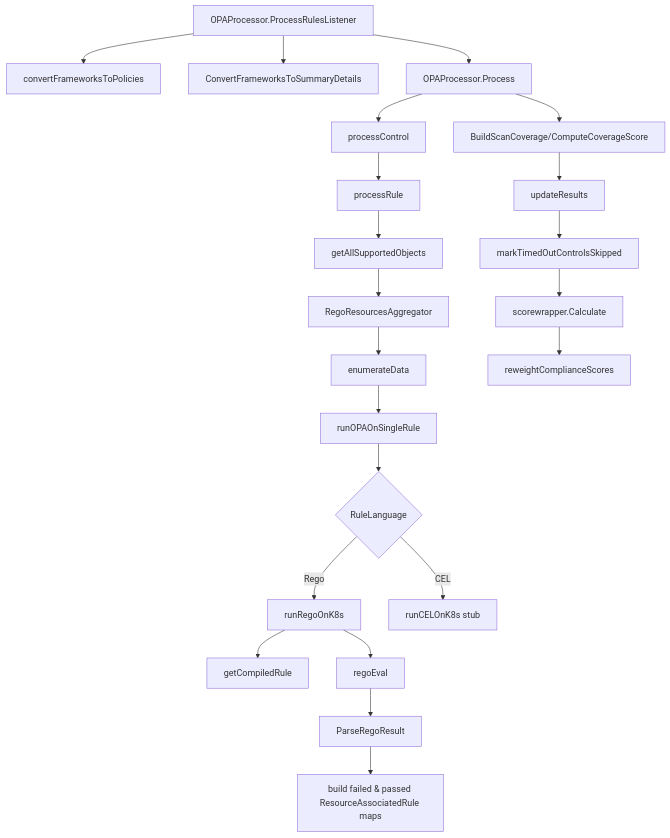
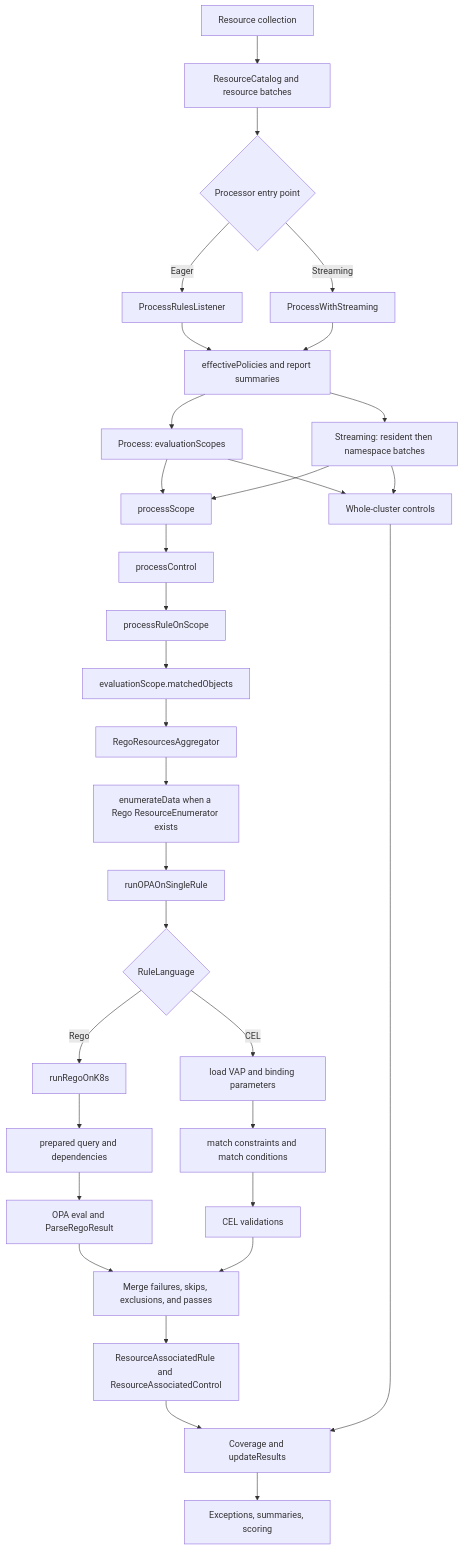
The diagram in core/pkg/opaprocessor/PROCESS_FLOW.md (kubescape/kubescape), drawn with Mermaid before and after one commit. The commit also changed other lines of this file, not shown here.

Commit message:
docs(opaprocessor): update evaluation flow

````diff
--- a/core/pkg/opaprocessor/PROCESS_FLOW.md
+++ b/core/pkg/opaprocessor/PROCESS_FLOW.md
@@ -17,24 +19,34 @@
 ```mermaid
 graph TD
-    A[OPAProcessor.ProcessRulesListener] --> B[convertFrameworksToPolicies]
-    A --> C[ConvertFrameworksToSummaryDetails]
-    A --> D[OPAProcessor.Process]
-    D --> E[processControl]
-    E --> F[processRule]
-    F --> G[getAllSupportedObjects]
-    G --> H[RegoResourcesAggregator]
-    H --> I[enumerateData]
-    I --> J[runOPAOnSingleRule]
-    J --> K{RuleLanguage}
-    K -->|Rego| L[runRegoOnK8s]
-    L --> M[getCompiledRule]
-    L --> N[regoEval]
-    N --> O[ParseRegoResult]
-    K -->|CEL| P[runCELOnK8s stub]
-    O --> Q[build failed & passed ResourceAssociatedRule maps]
-    D --> R[BuildScanCoverage/ComputeCoverageScore]
-    R --> S[updateResults]
-    S --> T[markTimedOutControlsSkipped]
-    T --> U[scorewrapper.Calculate]
-    U --> V[reweightComplianceScores]
+    A[Resource collection] --> B[ResourceCatalog and resource batches]
+    B --> C{Processor entry point}
+    C -->|Eager| D[ProcessRulesListener]
+    C -->|Streaming| E[ProcessWithStreaming]
+    D --> F[effectivePolicies and report summaries]
+    E --> F
+    F --> G[Process: evaluationScopes]
+    F --> H[Streaming: resident then namespace batches]
+    G --> I[processScope]
+    H --> I
+    I --> J[processControl]
+    J --> K[processRuleOnScope]
+    K --> L[evaluationScope.matchedObjects]
+    L --> M[RegoResourcesAggregator]
+    M --> N[enumerateData when a Rego ResourceEnumerator exists]
+    N --> O[runOPAOnSingleRule]
+    O --> P{RuleLanguage}
+    P -->|Rego| Q[runRegoOnK8s]
+    Q --> R[prepared query and dependencies]
+    R --> S[OPA eval and ParseRegoResult]
+    P -->|CEL| T[load VAP and binding parameters]
+    T --> U[match constraints and match conditions]
+    U --> V[CEL validations]
+    S --> W[Merge failures, skips, exclusions, and passes]
+    V --> W
+    W --> X[ResourceAssociatedRule and ResourceAssociatedControl]
+    G --> Y[Whole-cluster controls]
+    H --> Y
+    X --> Z[Coverage and updateResults]
+    Y --> Z
+    Z --> AA[Exceptions, summaries, scoring]
 ```
````
